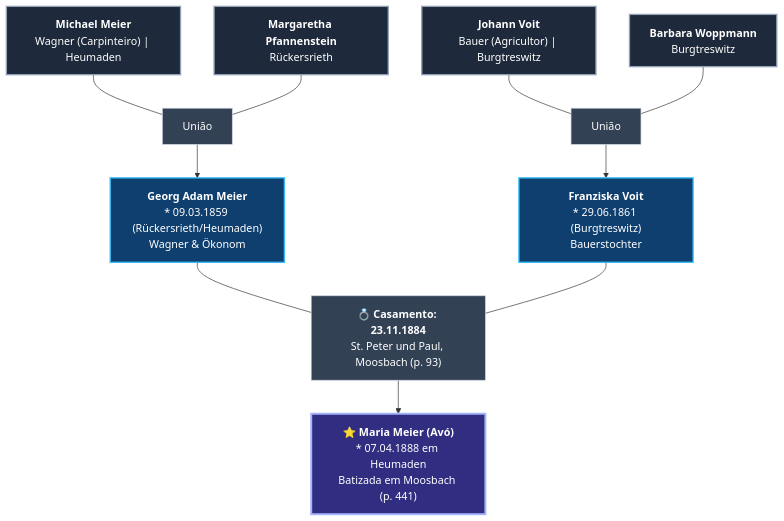
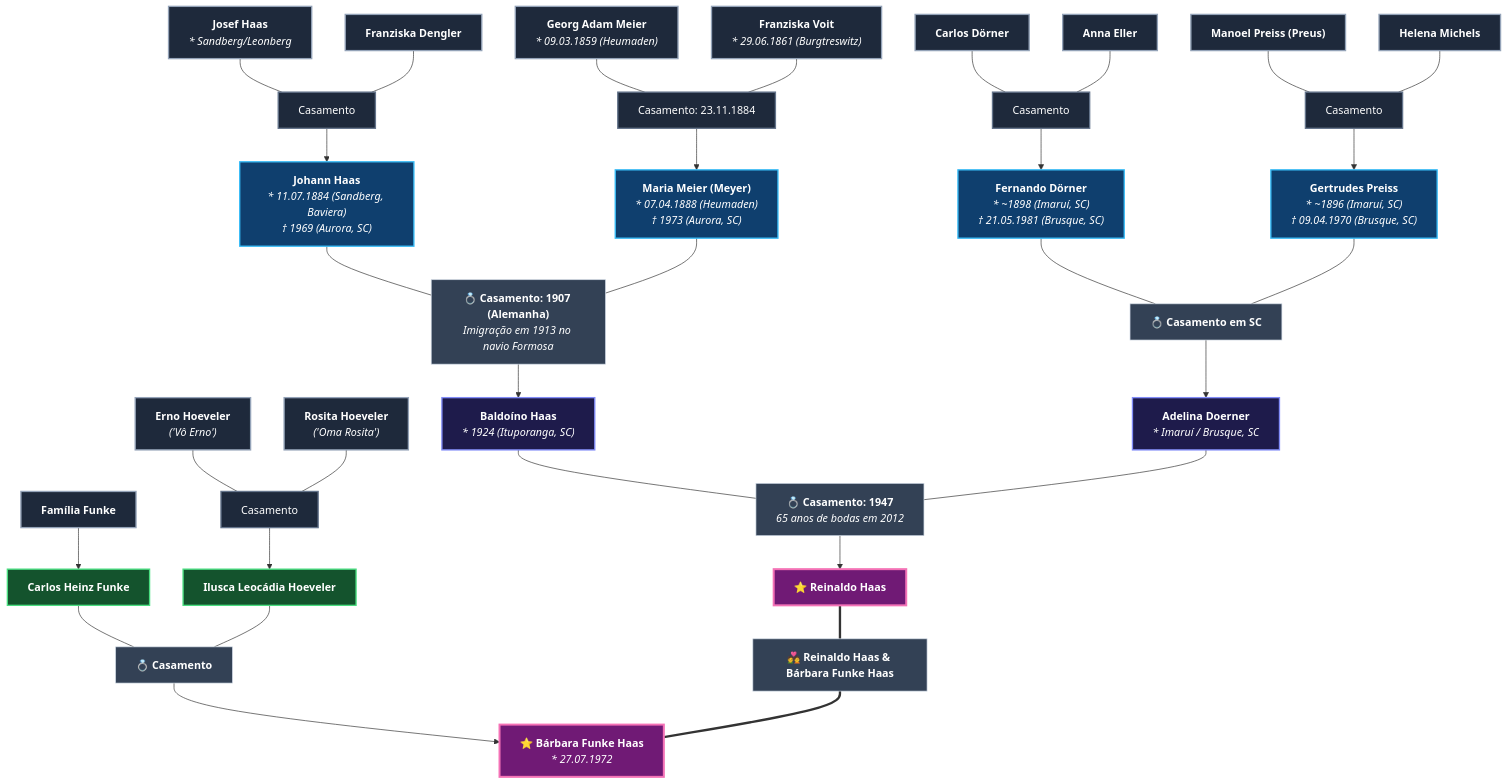
Before and after one commit to reinaldohaas/arvore_genealogica: the diagram in README.md, drawn with Mermaid. The commit also changed other lines of this file and 5 other files, not shown here.

Commit message:
feat: arvore unificada familias Haas, Meier, Doerner, Funke e Hoeveler

````diff
--- a/README.md
+++ b/README.md
@@ -9,29 +9,57 @@
 ```mermaid
 graph TD
     classDef default fill:#1e293b,stroke:#64748b,stroke-width:2px,color:#ffffff;
     classDef trisavos fill:#1e293b,stroke:#94a3b8,stroke-width:2px,color:#ffffff;
     classDef bisavos fill:#0f3f6e,stroke:#38bdf8,stroke-width:2px,color:#ffffff;
+    classDef avos fill:#1e1b4b,stroke:#818cf8,stroke-width:2px,color:#ffffff;
+    classDef pais fill:#14532d,stroke:#4ade80,stroke-width:2px,color:#ffffff;
     classDef casamento fill:#334155,stroke:#cbd5e1,stroke-width:1px,color:#ffffff;
-    classDef avo fill:#312e81,stroke:#a5b4fc,stroke-width:3px,color:#ffffff;
+    classDef casal fill:#701a75,stroke:#f472b6,stroke-width:3px,color:#ffffff;
 
-    T1["<b>Michael Meier</b><br/>Wagner (Carpinteiro) | Heumaden"]:::trisavos
-    T2["<b>Margaretha Pfannenstein</b><br/>Rückersrieth"]:::trisavos
-    M1["União"]:::casamento
-    T1 --- M1
-    T2 --- M1
+    %% RAMO HAAS (Baviera)
+    JH1["<b>Josef Haas</b><br/><i>* Sandberg/Leonberg</i>"]:::trisavos --- M_JH["Casamento"]
+    FD1["<b>Franziska Dengler</b>"]:::trisavos --- M_JH
+    M_JH --> B_JH["<b>Johann Haas</b><br/><i>* 11.07.1884 (Sandberg, Baviera)<br/>† 1969 (Aurora, SC)</i>"]:::bisavos
 
-    T3["<b>Johann Voit</b><br/>Bauer (Agricultor) | Burgtreswitz"]:::trisavos
-    T4["<b>Barbara Woppmann</b><br/>Burgtreswitz"]:::trisavos
-    M2["União"]:::casamento
-    T3 --- M2
-    T4 --- M2
+    %% RAMO MEIER & VOIT (Heumaden, Baviera)
+    MM1["<b>Georg Adam Meier</b><br/><i>* 09.03.1859 (Heumaden)</i>"]:::trisavos --- M_MV["Casamento: 23.11.1884"]
+    FV1["<b>Franziska Voit</b><br/><i>* 29.06.1861 (Burgtreswitz)</i>"]:::trisavos --- M_MV
+    M_MV --> B_MM["<b>Maria Meier (Meyer)</b><br/><i>* 07.04.1888 (Heumaden)<br/>† 1973 (Aurora, SC)</i>"]:::bisavos
 
-    M1 --> B1["<b>Georg Adam Meier</b><br/>* 09.03.1859 (Rückersrieth/Heumaden)<br/>Wagner & Ökonom"]:::bisavos
-    M2 --> B2["<b>Franziska Voit</b><br/>* 29.06.1861 (Burgtreswitz)<br/>Bauerstochter"]:::bisavos
+    %% CASAMENTO BISAVÓS HAAS x MEIER (1907 na Alemanha)
+    B_JH --- CasalHaasMeier["💍 <b>Casamento: 1907 (Alemanha)</b><br/><i>Imigração em 1913 no navio Formosa</i>"]:::casamento
+    B_MM --- CasalHaasMeier
+    CasalHaasMeier --> A_BH["<b>Baldoíno Haas</b><br/><i>* 1924 (Ituporanga, SC)</i>"]:::avos
 
-    CasamentoBisavos["💍 <b>Casamento: 23.11.1884</b><br/>St. Peter und Paul, Moosbach (p. 93)"]:::casamento
-    B1 --- CasamentoBisavos
-    B2 --- CasamentoBisavos
+    %% RAMO DOERNER & PREISS (Santa Catarina)
+    CD1["<b>Carlos Dörner</b>"]:::trisavos --- M_CD["Casamento"]
+    AE1["<b>Anna Eller</b>"]:::trisavos --- M_CD
+    M_CD --> B_FD["<b>Fernando Dörner</b><br/><i>* ~1898 (Imaruí, SC)<br/>† 21.05.1981 (Brusque, SC)</i>"]:::bisavos
 
-    CasamentoBisavos --> Avo["⭐ <b>Maria Meier (Avó)</b><br/>* 07.04.1888 em Heumaden<br/>Batizada em Moosbach (p. 441)"]:::avo
+    MP1["<b>Manoel Preiss (Preus)</b>"]:::trisavos --- M_MP["Casamento"]
+    HM1["<b>Helena Michels</b>"]:::trisavos --- M_MP
+    M_MP --> B_GP["<b>Gertrudes Preiss</b><br/><i>* ~1896 (Imaruí, SC)<br/>† 09.04.1970 (Brusque, SC)</i>"]:::bisavos
+
+    B_FD --- CasalDoernerPreiss["💍 <b>Casamento em SC</b>"]:::casamento
+    B_GP --- CasalDoernerPreiss
+    CasalDoernerPreiss --> A_AD["<b>Adelina Doerner</b><br/><i>* Imaruí / Brusque, SC</i>"]:::avos
+
+    %% CASAMENTO BALDOÍNO x ADELINA
+    A_BH --- CasalBaldoinoAdelina["💍 <b>Casamento: 1947</b><br/><i>65 anos de bodas em 2012</i>"]:::casamento
+    A_AD --- CasalBaldoinoAdelina
+    CasalBaldoinoAdelina --> P_RH["⭐ <b>Reinaldo Haas</b>"]:::casal
+
+    %% RAMO FUNKE & HOEVELER (Esposa Bárbara)
+    EH1["<b>Erno Hoeveler</b><br/><i>('Vô Erno')</i>"]:::trisavos --- M_EH["Casamento"]
+    RO1["<b>Rosita Hoeveler</b><br/><i>('Oma Rosita')</i>"]:::trisavos --- M_EH
+    M_EH --> M_ILH["<b>Ilusca Leocádia Hoeveler</b>"]:::pais
+
+    PF1["<b>Família Funke</b>"]:::trisavos --> P_CHF["<b>Carlos Heinz Funke</b>"]:::pais
+
+    P_CHF --- CasalFunkeHoeveler["💍 <b>Casamento</b>"]:::casamento
+    M_ILH --- CasalFunkeHoeveler
+    CasalFunkeHoeveler --> P_BFH["⭐ <b>Bárbara Funke Haas</b><br/><i>* 27.07.1972</i>"]:::casal
+
+    %% CASAL ATUAL
+    P_RH === CasalAtual["💑 <b>Reinaldo Haas & Bárbara Funke Haas</b>"]:::casamento === P_BFH
 ```
````
